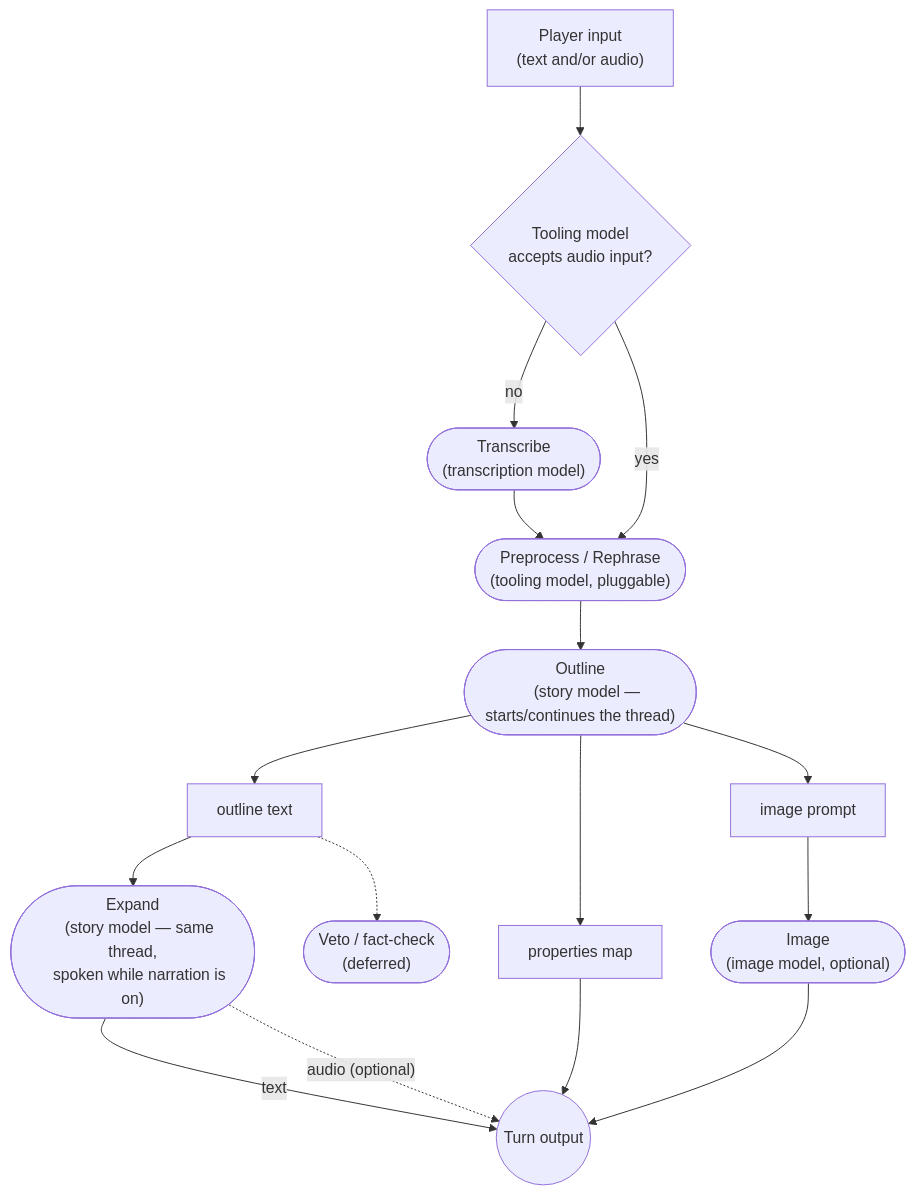
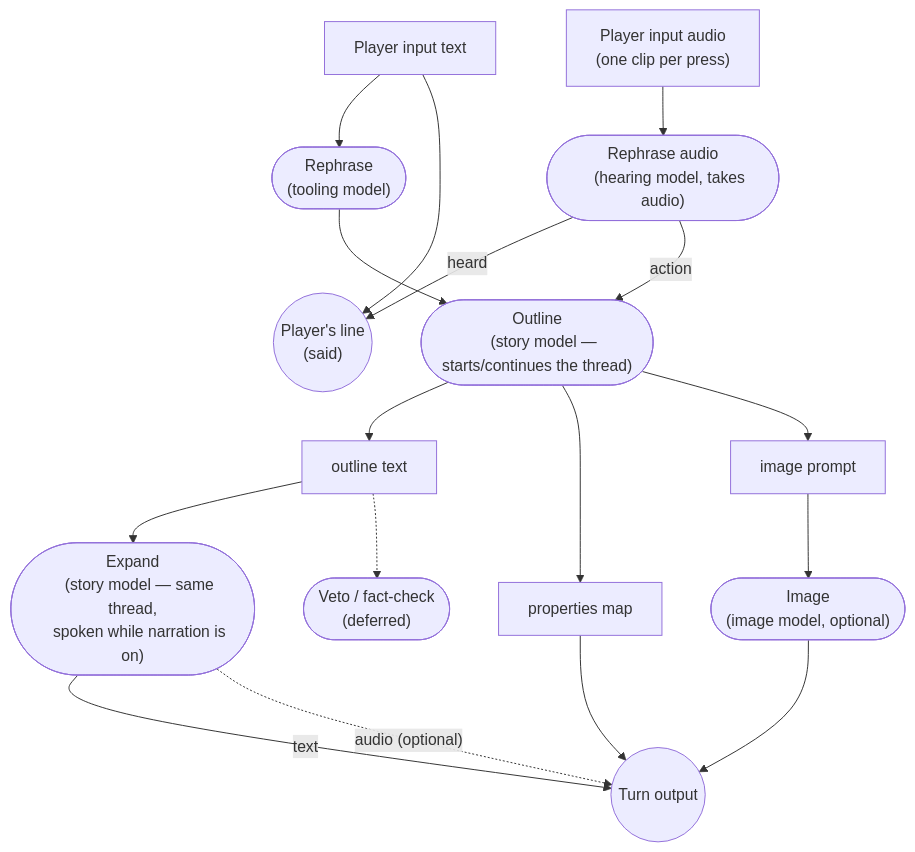
Before and after one commit to flocko-motion/chatgamelab: the diagram in go/engine/ARCHITECTURE.md, drawn with Mermaid. The commit also changed other lines of this file and 248 other files, not shown here.

First line of the commit message:
feat(engine): voice input for Adventure, push-to-talk heard in one call (#404)

````diff
--- a/go/engine/ARCHITECTURE.md
+++ b/go/engine/ARCHITECTURE.md
@@ -96,44 +105,47 @@
 ```mermaid
 graph TB
-    INPUT["Player input
-    (text and/or audio)"]
-    CAP{"Tooling model
-    accepts audio input?"}
-    TRANSCRIBE(["Transcribe
-    (transcription model)"])
-    PREPROCESS(["Preprocess / Rephrase
-    (tooling model, pluggable)"])
+    TYPED["Player input text"]
+    SPOKEN["Player input audio
+    (one clip per press)"]
+    PREPROCESS(["Rephrase
+    (tooling model)"])
+    HEAR(["Rephrase audio
+    (hearing model, takes audio)"])
+    SAID(("Player's line
+    (said)"))
 
-    INPUT --> CAP
-    CAP -- no --> TRANSCRIBE --> PREPROCESS
-    CAP -- yes --> PREPROCESS
+    TYPED --> PREPROCESS
+    TYPED --> SAID
+    SPOKEN --> HEAR
+    HEAR -- heard --> SAID
 
     OUTLINE(["Outline
     (story model — starts/continues the thread)"])
     PREPROCESS --> OUTLINE
+    HEAR -- action --> OUTLINE
 
     OUTTEXT["outline text"]
     PROPS["properties map"]
     IMGPROMPT["image prompt"]
     OUTLINE --> OUTTEXT
     OUTLINE --> PROPS
     OUTLINE --> IMGPROMPT
 
     EXPAND(["Expand
     (story model — same thread,
     spoken while narration is on)"])
     IMAGE(["Image
     (image model, optional)"])
     VETO(["Veto / fact-check
     (deferred)"])
 
     OUTTEXT --> EXPAND
     IMGPROMPT --> IMAGE
     OUTTEXT -.-> VETO
 
     OUT(("Turn output"))
     EXPAND -- text --> OUT
     EXPAND -. "audio (optional)" .-> OUT
     IMAGE --> OUT
     PROPS --> OUT
 ```
````
